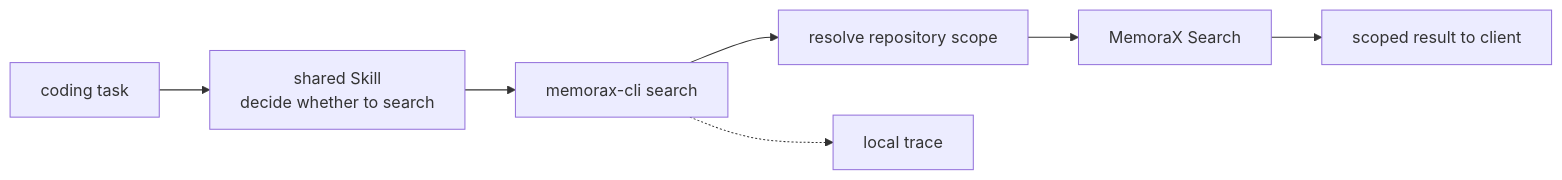
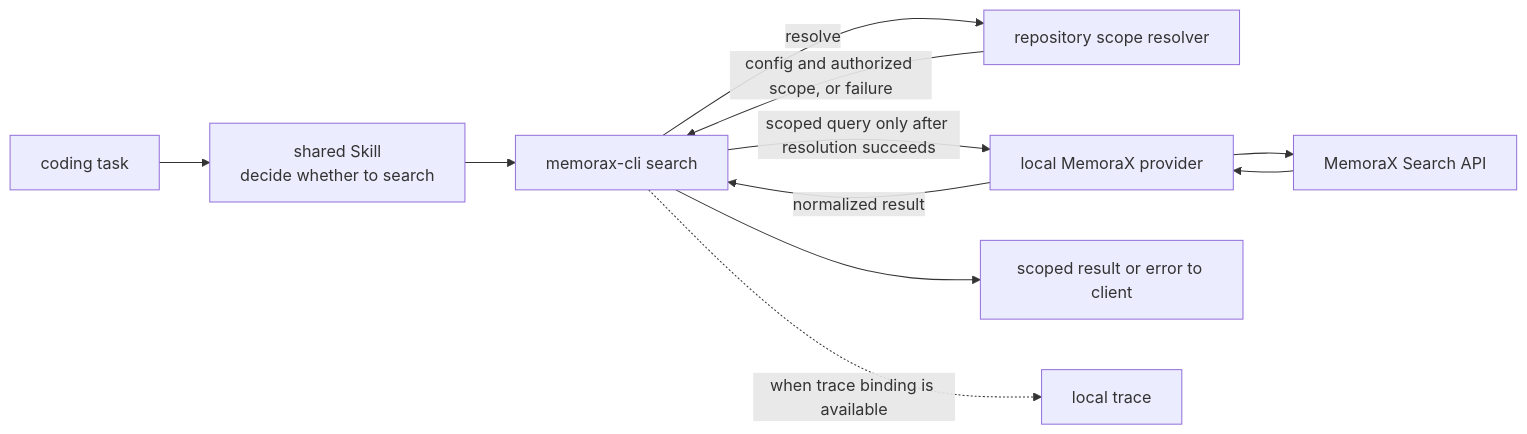
The fourth of 7 diagrams in ARCHITECTURE.md (SimonEskildse/memorax-code), drawn with Mermaid before and after one commit. The commit also changed other lines of this file and 4 other files, not shown here.

Commit message:
docs:(architecture) align runtime contracts and diagrams with implementation

````diff
--- a/ARCHITECTURE.md
+++ b/ARCHITECTURE.md
@@ -413,9 +456,13 @@
 ```mermaid
 flowchart LR
   Task["coding task"] --> Skill["shared Skill<br/>decide whether to search"]
   Skill --> CLI["memorax-cli search"]
-  CLI --> Scope["resolve repository scope"]
-  Scope --> Provider["MemoraX Search"]
-  Provider --> Result["scoped result to client"]
-  CLI -.-> Trace["local trace"]
+  CLI -->|"resolve"| Scope["repository scope resolver"]
+  Scope -->|"config and authorized scope, or failure"| CLI
+  CLI -->|"scoped query only after resolution succeeds"| Provider["local MemoraX provider"]
+  Provider --> Remote["MemoraX Search API"]
+  Remote --> Provider
+  Provider -->|"normalized result"| CLI
+  CLI --> Result["scoped result or error to client"]
+  CLI -. "when trace binding is available" .-> Trace["local trace"]
 ```
````
